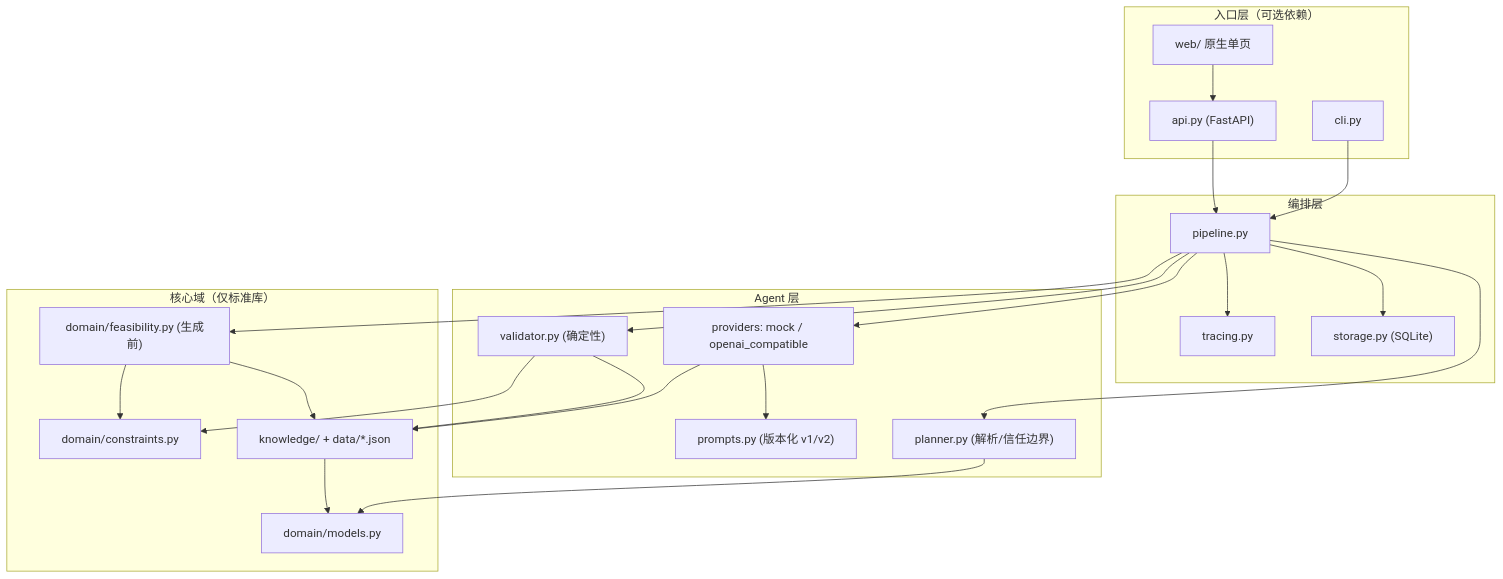
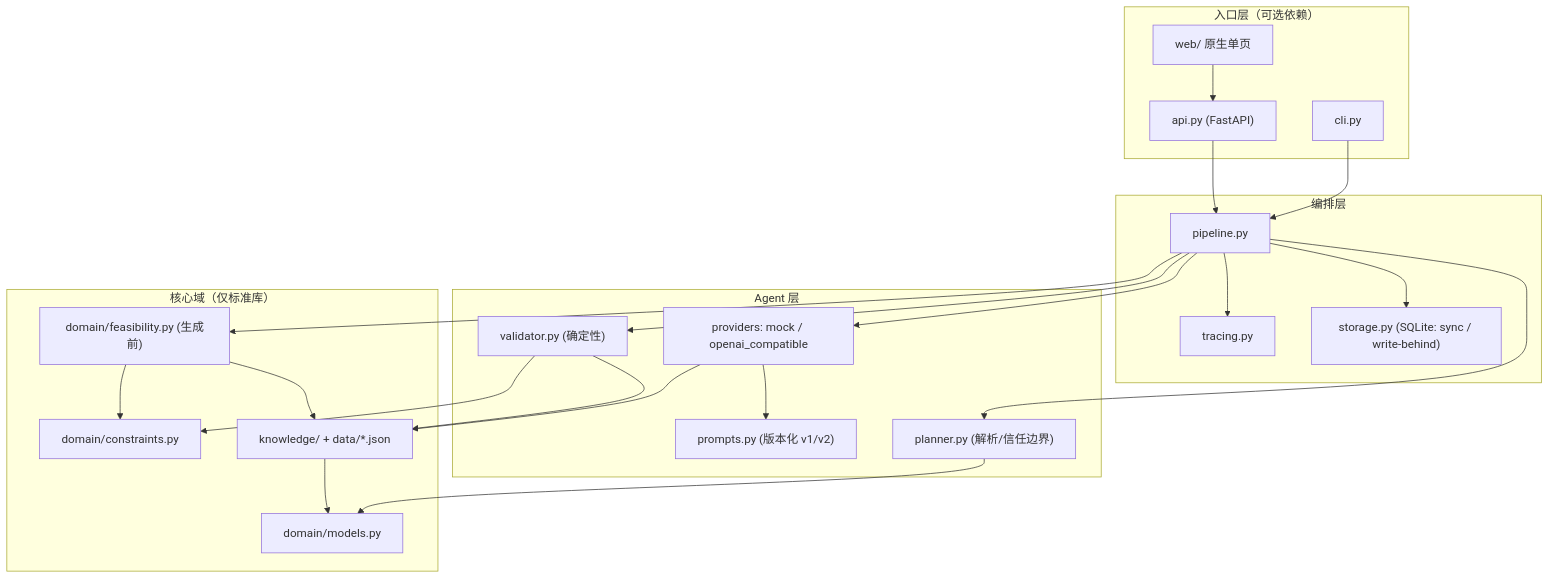
The diagram in docs/architecture.md (zhaozilong6666/shotplan), drawn with Mermaid before and after one commit. The commit also changed other lines of this file and 31 other files, not shown here.

````diff
--- a/docs/architecture.md
+++ b/docs/architecture.md
@@ -12,42 +12,42 @@
 ```mermaid
 flowchart TB
     subgraph Entry["入口层（可选依赖）"]
         CLI["cli.py"]
         API["api.py (FastAPI)"]
         WEB["web/ 原生单页"]
     end
     subgraph Orchestration["编排层"]
         PIPE["pipeline.py"]
         TRACE["tracing.py"]
-        STORE["storage.py (SQLite)"]
+        STORE["storage.py (SQLite: sync / write-behind)"]
     end
     subgraph Agent["Agent 层"]
         PROV["providers: mock / openai_compatible"]
         PROMPT["prompts.py (版本化 v1/v2)"]
         PARSE["planner.py (解析/信任边界)"]
         VALID["validator.py (确定性)"]
     end
     subgraph Core["核心域（仅标准库）"]
         DOMAIN["domain/models.py"]
         RULES["domain/constraints.py"]
         FEAS["domain/feasibility.py (生成前)"]
         KB["knowledge/ + data/*.json"]
     end
     CLI --> PIPE
     API --> PIPE
     WEB --> API
     PIPE --> FEAS
     PIPE --> PROV
     PIPE --> PARSE
     PIPE --> VALID
     PIPE --> TRACE
     PIPE --> STORE
     PROV --> PROMPT
     PROV --> KB
     PARSE --> DOMAIN
     VALID --> RULES
     VALID --> KB
     FEAS --> RULES
     FEAS --> KB
     KB --> DOMAIN
 ```
````
